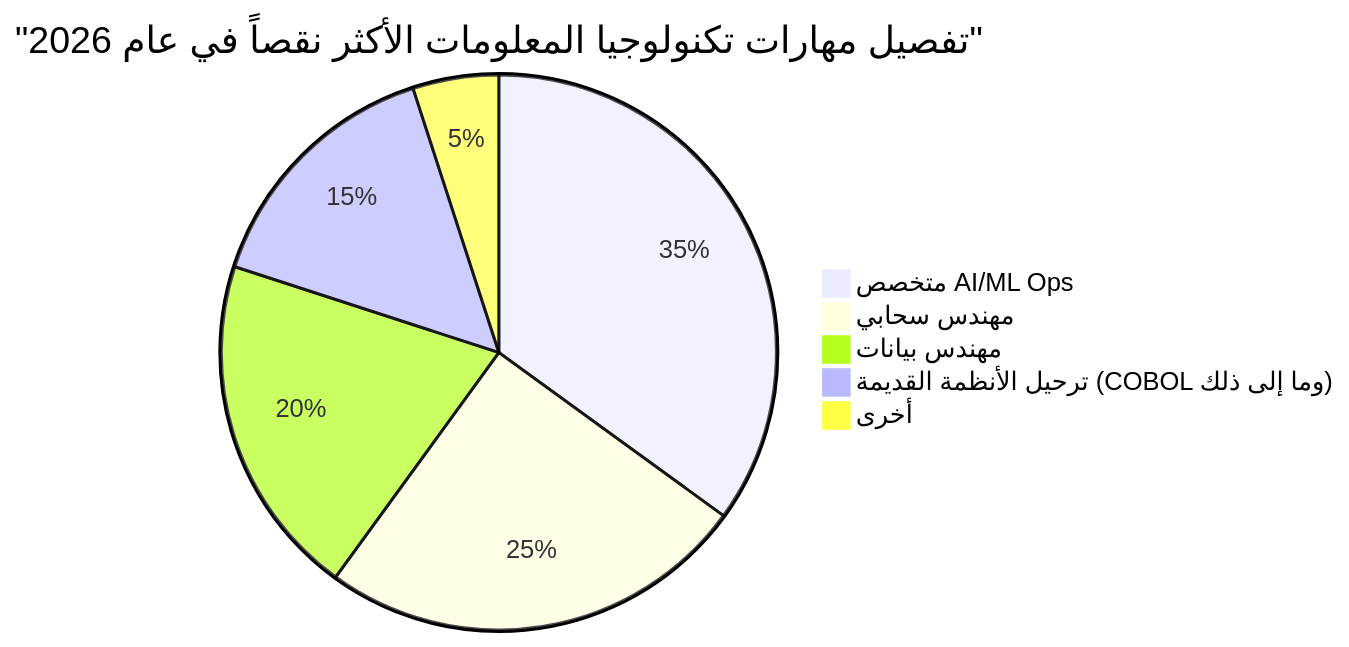
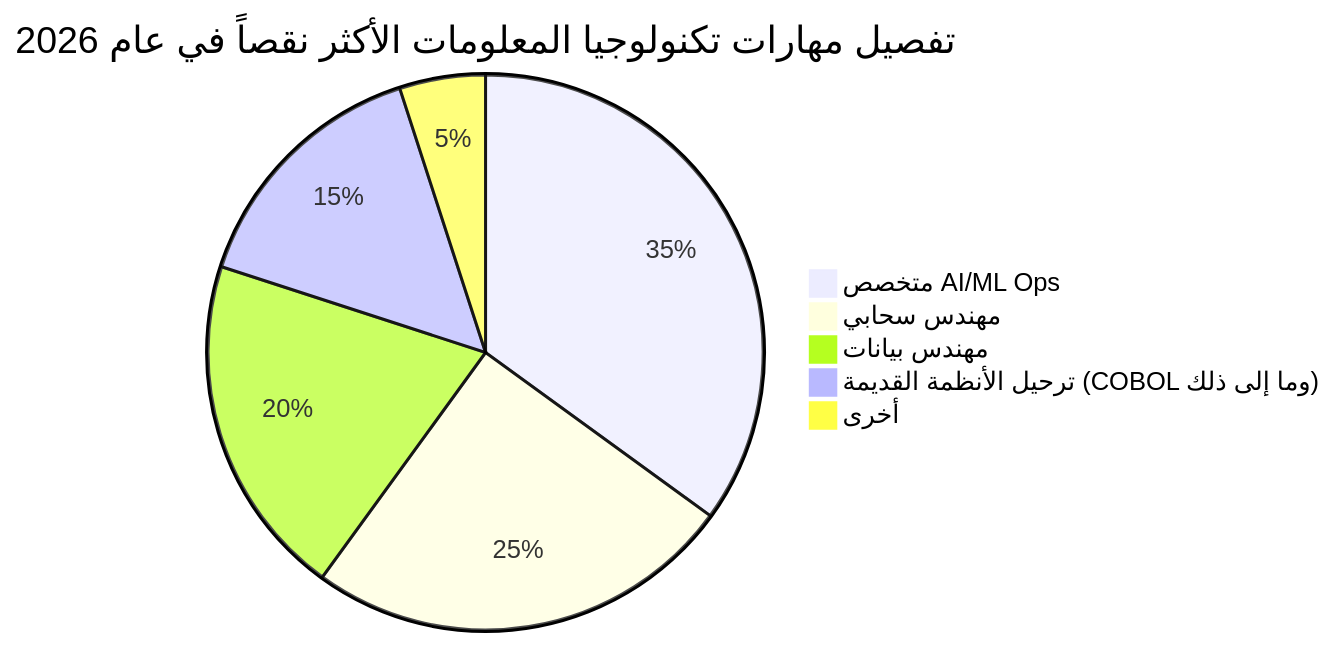
One commit to kenjinote/blog changed the second of 4 diagrams in content/post/it_talent_shortage_2026/index.ar.md. Above: the diagram before and after it, drawn with Mermaid. The commit also changed other lines of this file and 703 other files, not shown here.

Commit message:
Fix: Remove quotes from Mermaid link texts and timeline definitions to support Mermaid 11.4.1

````diff
--- a/content/post/it_talent_shortage_2026/index.ar.md
+++ b/content/post/it_talent_shortage_2026/index.ar.md
@@ -77,8 +77,8 @@
 ```mermaid
-pie title "تفصيل مهارات تكنولوجيا المعلومات الأكثر نقصاً في عام 2026"
+pie title تفصيل مهارات تكنولوجيا المعلومات الأكثر نقصاً في عام 2026
     "متخصص AI/ML Ops" : 35
     "مهندس سحابي" : 25
     "مهندس بيانات" : 20
     "ترحيل الأنظمة القديمة (COBOL وما إلى ذلك)" : 15
     "أخرى" : 5
 ```
````
